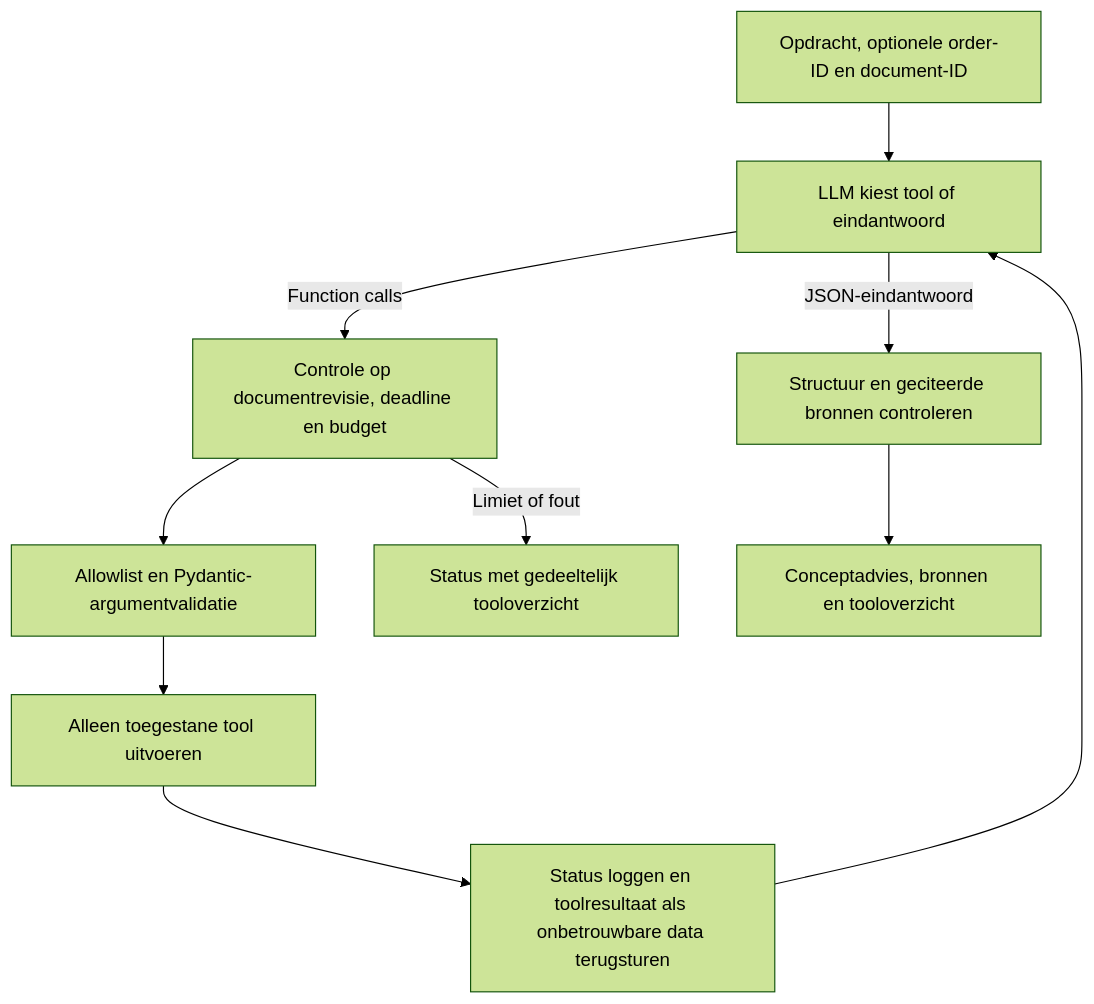
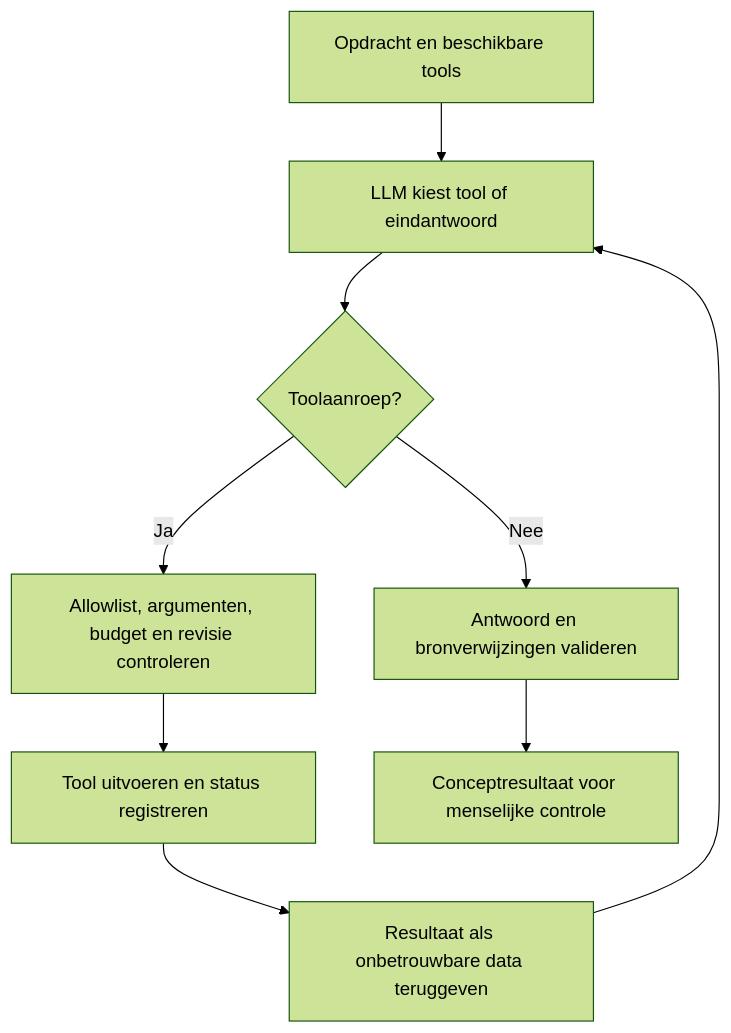
Before and after one commit to Kaan-Bas/folio: the second of 2 diagrams in README.md, drawn with Mermaid (forest theme). The commit also changed other lines of this file, not shown here.

````diff
--- a/README.md
+++ b/README.md
@@ -628,12 +321,11 @@
 ```mermaid
 flowchart TD
-    A[Opdracht, optionele order-ID en document-ID] --> B[LLM kiest tool of eindantwoord]
-    B -->|Function calls| C[Controle op documentrevisie, deadline en budget]
-    C --> D[Allowlist en Pydantic-argumentvalidatie]
-    D --> E[Alleen toegestane tool uitvoeren]
-    E --> F[Status loggen en toolresultaat als onbetrouwbare data terugsturen]
+    A[Opdracht en beschikbare tools] --> B[LLM kiest tool of eindantwoord]
+    B --> C{Toolaanroep?}
+    C -->|Ja| D[Allowlist, argumenten, budget en revisie controleren]
+    D --> E[Tool uitvoeren en status registreren]
+    E --> F[Resultaat als onbetrouwbare data teruggeven]
     F --> B
-    B -->|JSON-eindantwoord| G[Structuur en geciteerde bronnen controleren]
-    G --> H[Conceptadvies, bronnen en tooloverzicht]
-    C -->|Limiet of fout| I[Status met gedeeltelijk tooloverzicht]
+    C -->|Nee| G[Antwoord en bronverwijzingen valideren]
+    G --> H[Conceptresultaat voor menselijke controle]
 ```
````
